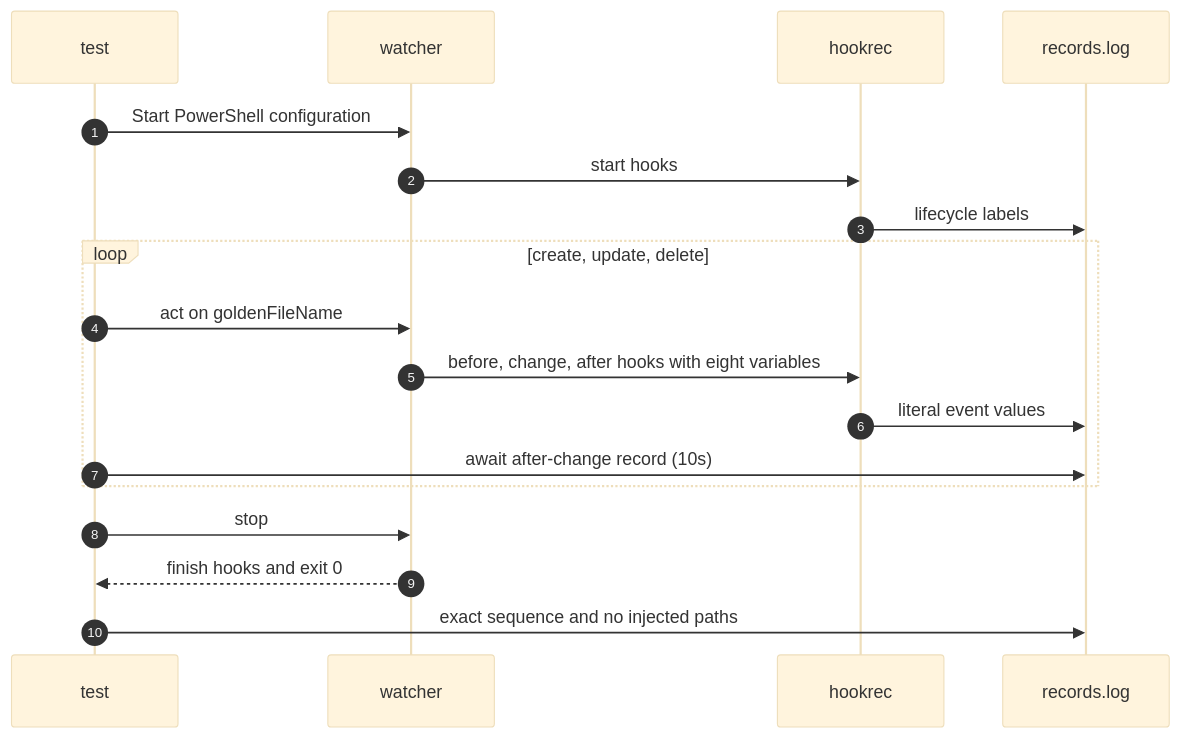
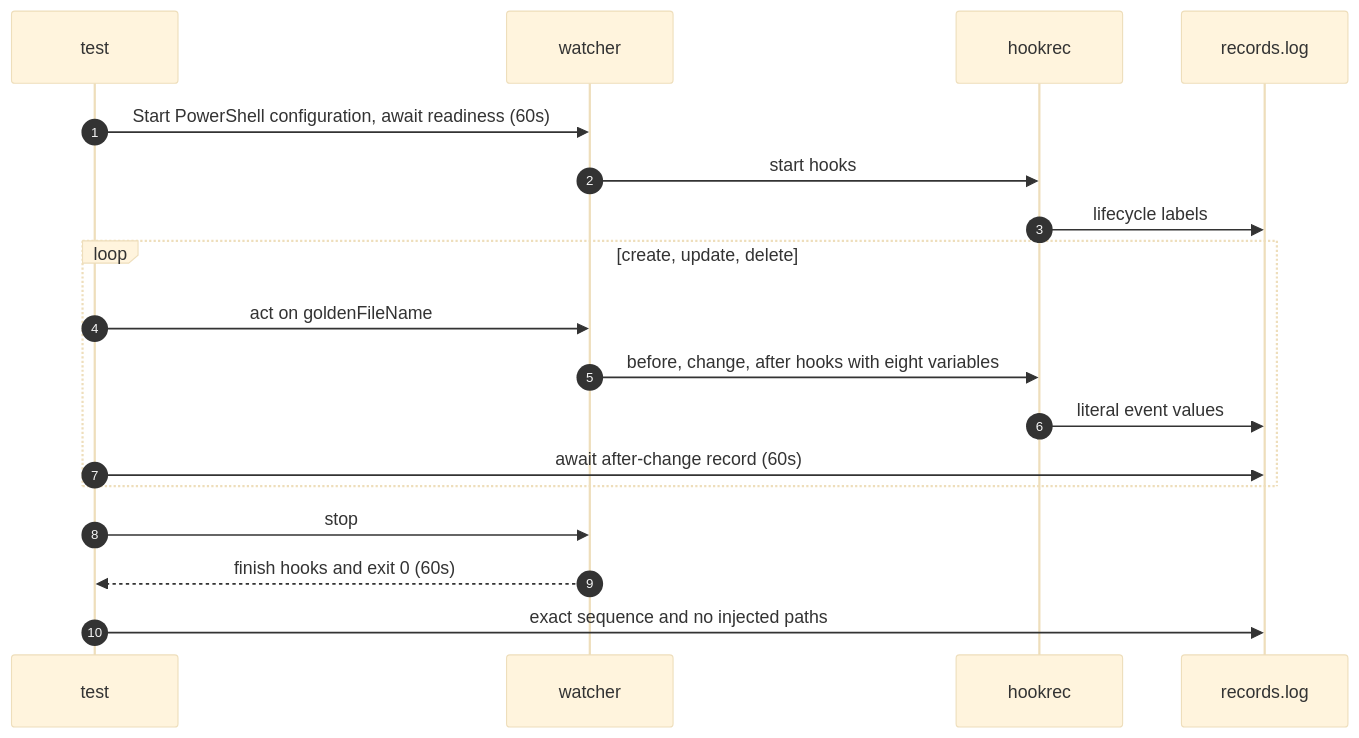
The diagram in e2e/docs/scenarios/powershell-event-variables.md (seungyeop-lee/directory-watcher), drawn with Mermaid (base theme) before and after one commit. The commit also changed other lines of this file and 5 other files, not shown here.

First line of the commit message:
test(e2e): PowerShell 이벤트 변수 시나리오가 단계마다 60초까지 기다리게 함

````diff
--- a/e2e/docs/scenarios/powershell-event-variables.md
+++ b/e2e/docs/scenarios/powershell-event-variables.md
@@ -20,20 +23,20 @@
 ```mermaid
 sequenceDiagram
     autonumber
     participant testCode as test
     participant watcherProc as watcher
     participant hookProc as hookrec
     participant recordFile as records.log
-    testCode->>watcherProc: Start PowerShell configuration
+    testCode->>watcherProc: Start PowerShell configuration, await readiness (60s)
     watcherProc->>hookProc: start hooks
     hookProc->>recordFile: lifecycle labels
     loop create, update, delete
     testCode->>watcherProc: act on goldenFileName
     watcherProc->>hookProc: before, change, after hooks with eight variables
     hookProc->>recordFile: literal event values
-    testCode->>recordFile: await after-change record (10s)
+    testCode->>recordFile: await after-change record (60s)
     end
     testCode->>watcherProc: stop
-    watcherProc-->>testCode: finish hooks and exit 0
+    watcherProc-->>testCode: finish hooks and exit 0 (60s)
     testCode->>recordFile: exact sequence and no injected paths
 ```
````
